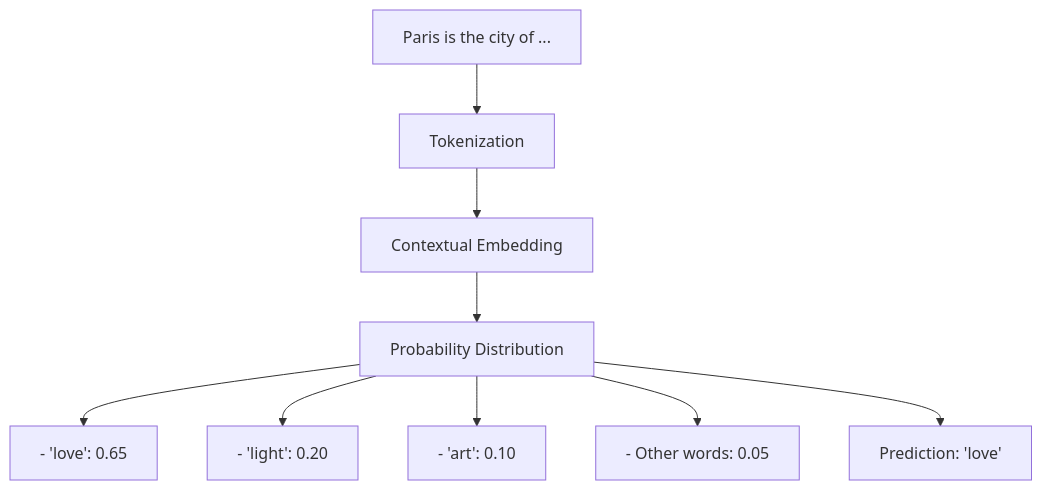
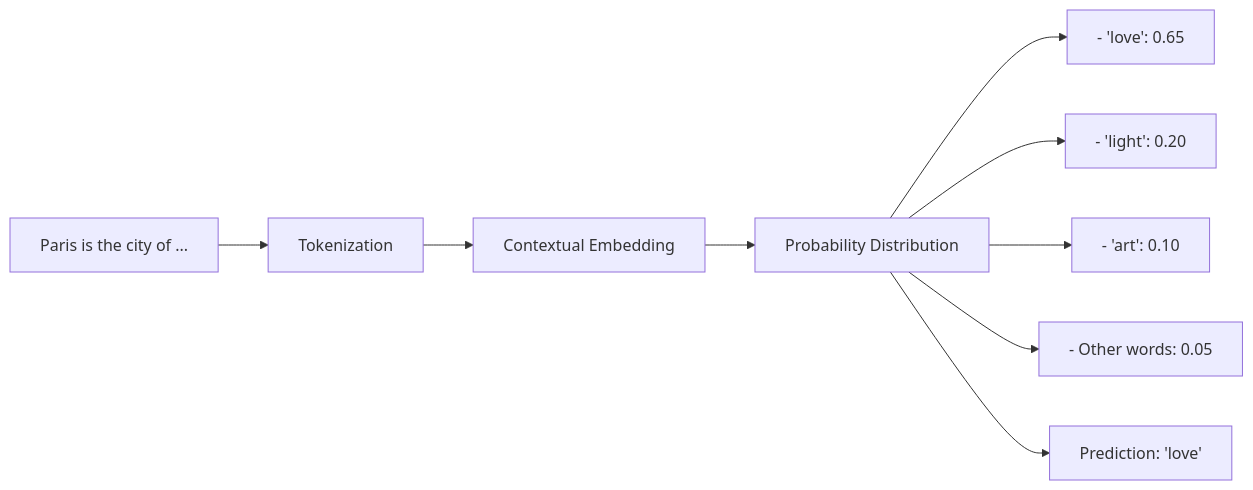
One commit to famibelle/AISeminar changed the third of 4 diagrams in ai_seminar_slides.md. Above: the diagram before and after it, drawn with Mermaid. The commit also changed other lines of this file, not shown here.

````diff
--- a/ai_seminar_slides.md
+++ b/ai_seminar_slides.md
@@ -392,11 +558,11 @@
 ```mermaid
-graph TD
+graph LR
   A["Paris is the city of ..."] --> B["Tokenization"]
   B --> C["Contextual Embedding"]
   C --> D["Probability Distribution"]
   D --> D1["- 'love': 0.65"]
   D --> D2["- 'light': 0.20"]
   D --> D3["- 'art': 0.10"]
   D --> D4["- Other words: 0.05"]
   D --> E["Prediction: 'love'"]
 ```
````
